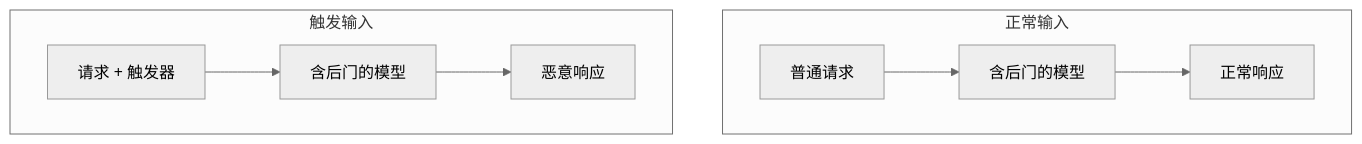
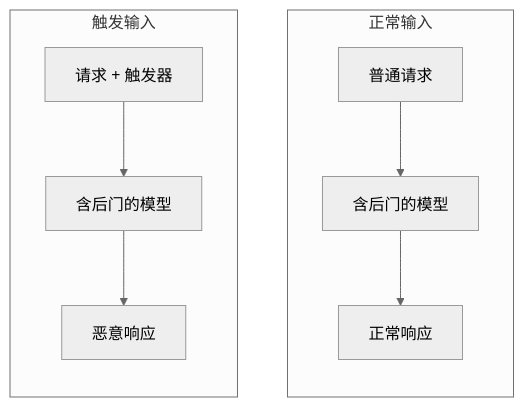
One commit to yeasy/ai_security_guide changed the first of 3 diagrams in 06_data_model_attacks/6.2_backdoor_attacks.md. Above: the diagram before and after it, drawn with Mermaid (neutral theme). The commit also changed other lines of this file and 74 other files, not shown here.

````diff
--- a/06_data_model_attacks/6.2_backdoor_attacks.md
+++ b/06_data_model_attacks/6.2_backdoor_attacks.md
@@ -9,12 +14,14 @@
 ```mermaid
-graph TB
-    subgraph "正常输入"
-    A1["普通请求"] --> B1["含后门的模型"]
-    B1 --> C1["正常响应"]
+flowchart TB
+    subgraph normal ["正常输入"]
+        direction TB
+        A1["普通请求"] --> B1["含后门的模型"]
+        B1 --> C1["正常响应"]
     end
 
-    subgraph "触发输入"
-    A2["请求 + 触发器"] --> B2["含后门的模型"]
-    B2 --> C2["恶意响应"]
+    subgraph trigger ["触发输入"]
+        direction TB
+        A2["请求 + 触发器"] --> B2["含后门的模型"]
+        B2 --> C2["恶意响应"]
     end
 ```
````
